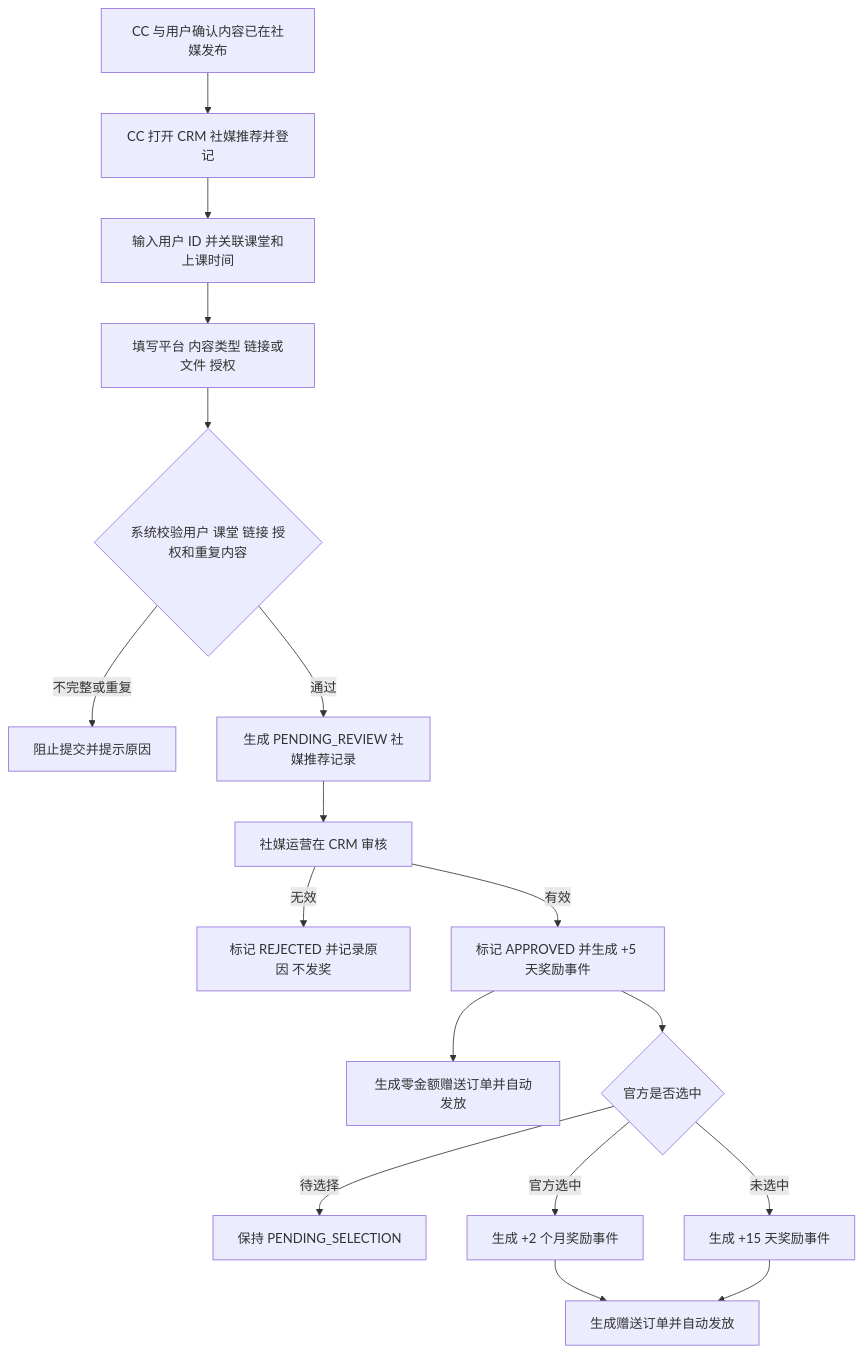
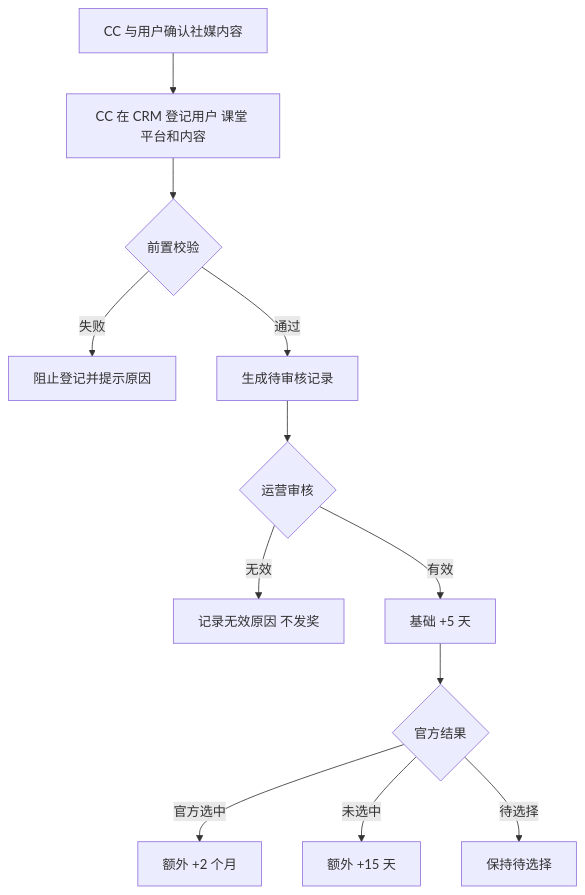
Before and after one commit to h3-ai-lab/hhhprd: the second of 2 diagrams in projects/referral-growth-mvp/prd/PRD.md, drawn with Mermaid. The commit also changed other lines of this file and 3 other files, not shown here.

````diff
--- a/projects/referral-growth-mvp/prd/PRD.md
+++ b/projects/referral-growth-mvp/prd/PRD.md
@@ -185,19 +81,14 @@
 ```mermaid
 flowchart TD
-    U1[CC 与用户确认内容已在社媒发布] --> U2[CC 打开 CRM 社媒推荐并登记]
-    U2 --> U2A[输入用户 ID 并关联课堂和上课时间]
-    U2A --> U2B[填写平台 内容类型 链接或文件 授权]
-    U2B --> U3{系统校验用户 课堂 链接 授权和重复内容}
-    U3 -->|不完整或重复| U4[阻止提交并提示原因]
-    U3 -->|通过| U5[生成 PENDING_REVIEW 社媒推荐记录]
-    U5 --> U6[社媒运营在 CRM 审核]
-    U6 -->|无效| U7[标记 REJECTED 并记录原因 不发奖]
-    U6 -->|有效| U8[标记 APPROVED 并生成 +5 天奖励事件]
-    U8 --> U9[生成零金额赠送订单并自动发放]
-    U8 --> U10{官方是否选中}
-    U10 -->|待选择| U11[保持 PENDING_SELECTION]
-    U10 -->|官方选中| U12[生成 +2 个月奖励事件]
-    U10 -->|未选中| U13[生成 +15 天奖励事件]
-    U12 --> U14[生成赠送订单并自动发放]
-    U13 --> U14
+    S1[CC 与用户确认社媒内容] --> S2[CC 在 CRM 登记用户 课堂 平台和内容]
+    S2 --> S3{前置校验}
+    S3 -->|失败| S4[阻止登记并提示原因]
+    S3 -->|通过| S5[生成待审核记录]
+    S5 --> S6{运营审核}
+    S6 -->|无效| S7[记录无效原因 不发奖]
+    S6 -->|有效| S8[基础 +5 天]
+    S8 --> S9{官方结果}
+    S9 -->|官方选中| S10[额外 +2 个月]
+    S9 -->|未选中| S11[额外 +15 天]
+    S9 -->|待选择| S12[保持待选择]
 ```
````
